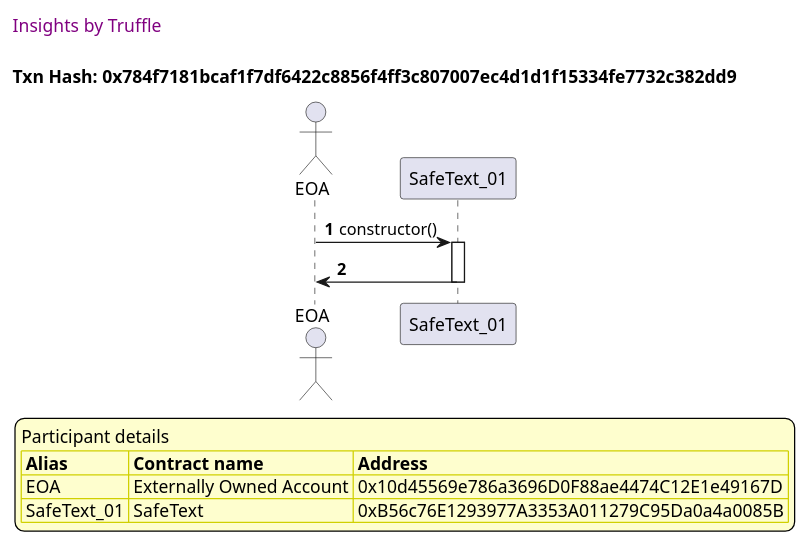
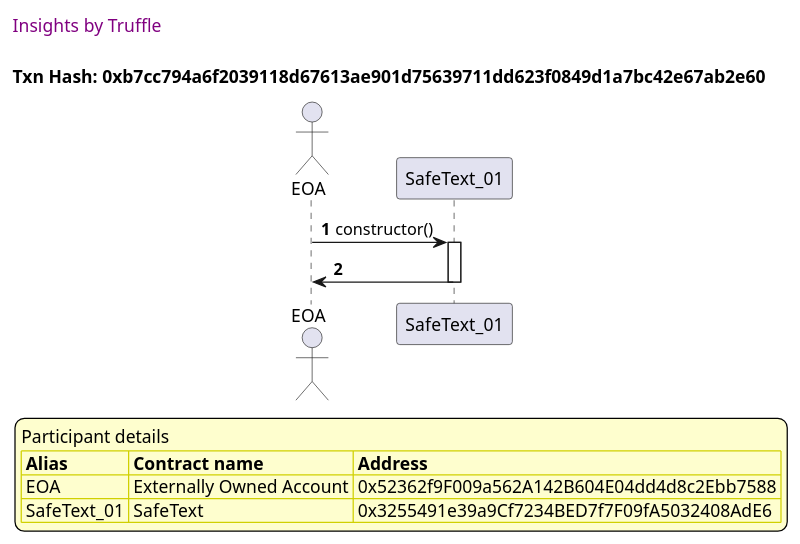
Before and after one commit to thedarkjester/ConsensysAssignment: the first of 2 diagrams in truffle-seq/Library_test_safetext.md, drawn with PlantUML. The commit also changed other lines of this file and 13 other files, not shown here.

````diff
--- a/truffle-seq/Library_test_safetext.md
+++ b/truffle-seq/Library_test_safetext.md
@@ -13,37 +13,37 @@
 ```plantuml
 
 
 @startuml
 
 autonumber
 skinparam legendBackgroundColor #FEFECE
 
 <style>
       header {
         HorizontalAlignment left
         FontColor purple
         FontSize 14
         Padding 10
       }
     </style>
 
 header Insights by Truffle
 
-title Txn Hash: 0x784f7181bcaf1f7df6422c8856f4ff3c807007ec4d1d1f15334fe7732c382dd9
+title Txn Hash: 0xb7cc794a6f2039118d67613ae901d75639711dd623f0849d1a7bc42e67ab2e60
 
 
 actor EOA as "EOA"
 participant SafeText_01 as "SafeText_01"
 
 "EOA" -> "SafeText_01" ++: constructor()
 "SafeText_01" -> "EOA" --: 
 
 legend
 Participant details
 <#FEFECE,#D0D000>|= Alias |= Contract name |= Address |
-<#FEFECE>| EOA | Externally Owned Account | 0x10d45569e786a3696D0F88ae4474C12E1e49167D |
-<#FEFECE>| SafeText_01 | SafeText | 0xB56c76E1293977A3353A011279C95Da0a4a0085B |
+<#FEFECE>| EOA | Externally Owned Account | 0x52362f9F009a562A142B604E04dd4d8c2Ebb7588 |
+<#FEFECE>| SafeText_01 | SafeText | 0x3255491e39a9Cf7234BED7f7F09fA5032408AdE6 |
 endlegend
 
 @enduml
 ```
````
